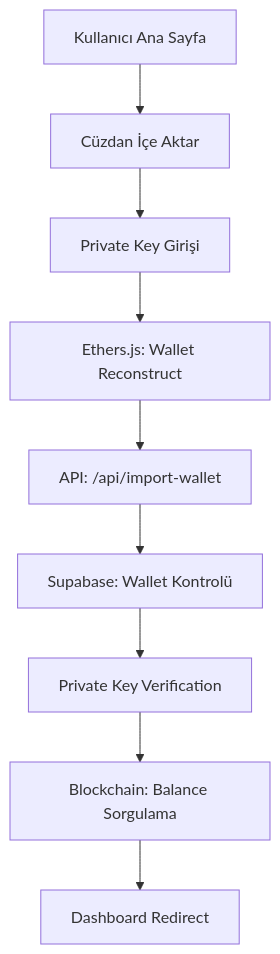
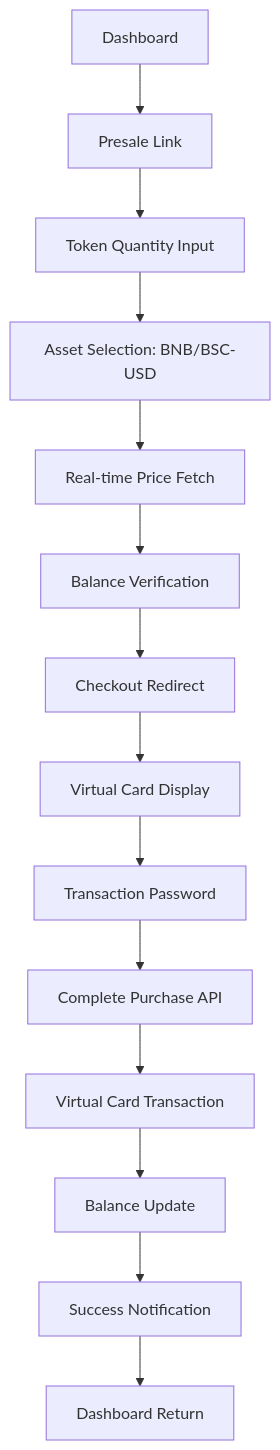
The second of 3 diagrams in README.md (webapp342/my-app), drawn with Mermaid before and after one commit. The commit also changed other lines of this file and 22 other files, not shown here.

````diff
--- a/README.md
+++ b/README.md
@@ -237,11 +348,16 @@
 ```mermaid
 graph TD
-    A[Kullanıcı Ana Sayfa] --> B[Cüzdan İçe Aktar]
-    B --> C[Private Key Girişi]
-    C --> D[Ethers.js: Wallet Reconstruct]
-    D --> E[API: /api/import-wallet]
-    E --> F[Supabase: Wallet Kontrolü]
-    F --> G[Private Key Verification]
-    G --> H[Blockchain: Balance Sorgulama]
-    H --> I[Dashboard Redirect]
+    A[Dashboard] --> B[Presale Link]
+    B --> C[Token Quantity Input]
+    C --> D[Asset Selection: BNB/BSC-USD]
+    D --> E[Real-time Price Fetch]
+    E --> F[Balance Verification]
+    F --> G[Checkout Redirect]
+    G --> H[Virtual Card Display]
+    H --> I[Transaction Password]
+    I --> J[Complete Purchase API]
+    J --> K[Virtual Card Transaction]
+    K --> L[Balance Update]
+    L --> M[Success Notification]
+    M --> N[Dashboard Return]
 ```
````
